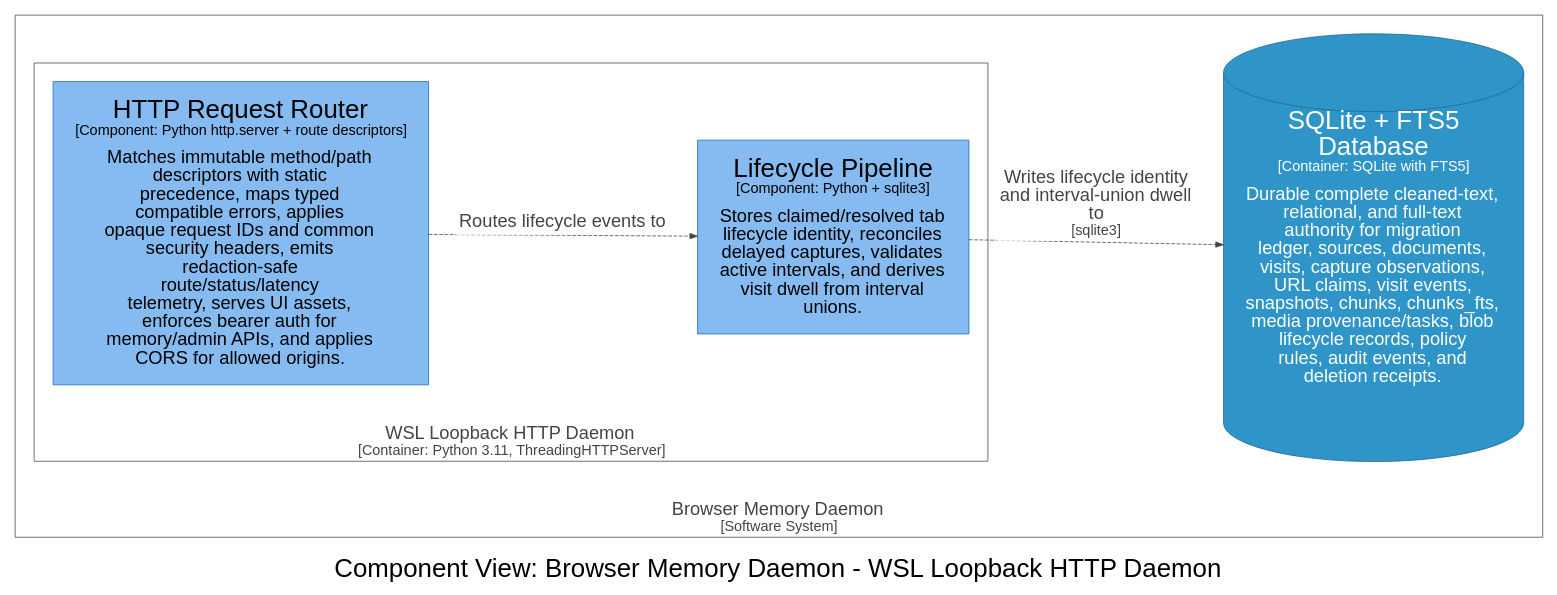
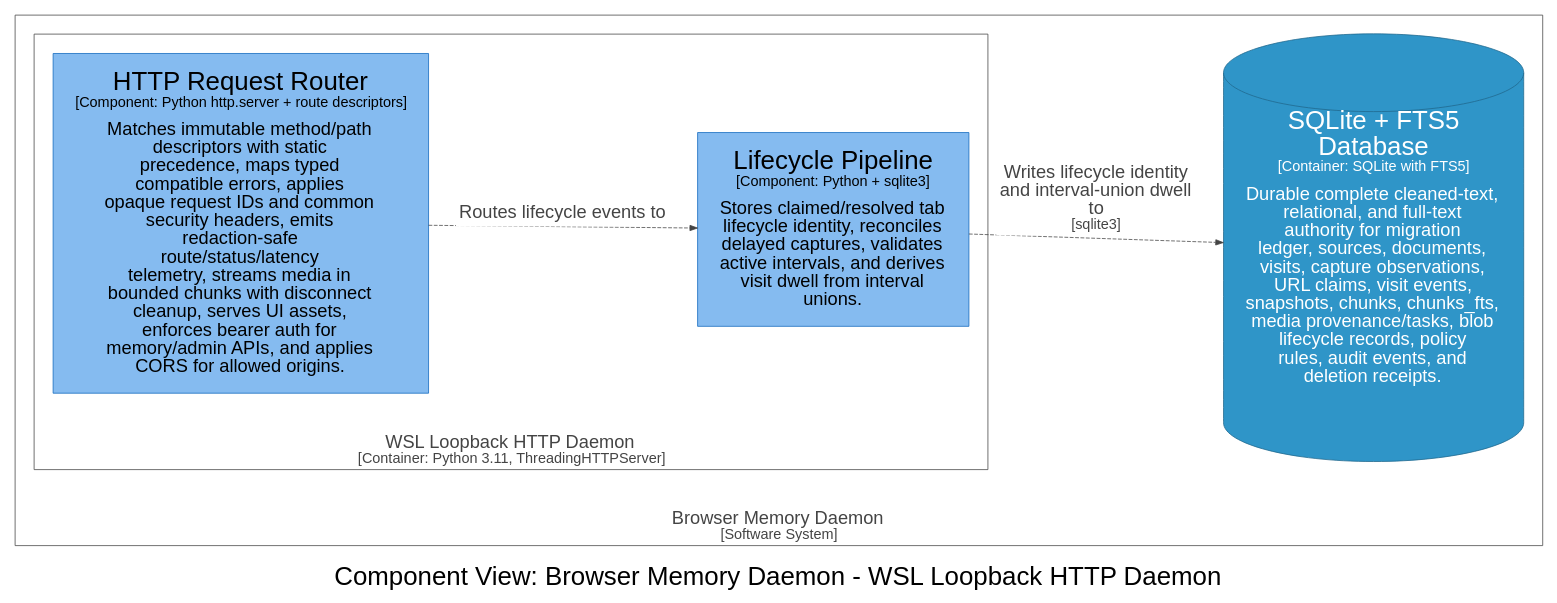
Before and after one commit to michaelnicks0/browser-memory-daemon: the diagram in docs/architecture/diagrams/dot/structurizr-DaemonLifecycleComponents.dot, drawn with Graphviz. The commit also changed 97 other files, not shown here.

Commit message:
feat(http): stream media upload and download

```diff
--- a/docs/architecture/diagrams/dot/structurizr-DaemonLifecycleComponents.dot
+++ b/docs/architecture/diagrams/dot/structurizr-DaemonLifecycleComponents.dot
@@ -1,34 +1,34 @@
 digraph {
   compound=true
   graph [fontname="Arial", rankdir=LR, ranksep=1.0, nodesep=1.0]
   node [fontname="Arial", shape=box, margin="0.4,0.3"]
   edge [fontname="Arial"]
   label=<<br /><font point-size="34">Component View: Browser Memory Daemon - WSL Loopback HTTP Daemon</font>>
 
   subgraph cluster_4 {
     margin=25
     label=<<font point-size="24"><br />Browser Memory Daemon</font><br /><font point-size="19">[Software System]</font>>
     labelloc=b
     color="#444444"
     fontcolor="#444444"
     fillcolor="#444444"
 
     subgraph cluster_22 {
       margin=25
       label=<<font point-size="24"><br />WSL Loopback HTTP Daemon</font><br /><font point-size="19">[Container: Python 3.11, ThreadingHTTPServer]</font>>
       labelloc=b
       color="#444444"
       fontcolor="#444444"
       fillcolor="#444444"
 
-      23 [id=23,shape=rect, label=<<font point-size="34">HTTP Request Router</font><br /><font point-size="19">[Component: Python http.server + route descriptors]</font><br /><br /><font point-size="24">Matches immutable method/path<br />descriptors with static<br />precedence, maps typed<br />compatible errors, applies<br />opaque request IDs and common<br />security headers, emits<br />redaction-safe<br />route/status/latency<br />telemetry, serves UI assets,<br />enforces bearer auth for<br />memory/admin APIs, and applies<br />CORS for allowed origins.</font>>, style=filled, color="#1168bd", fillcolor="#85bbf0", fontcolor="#000000"]
+      23 [id=23,shape=rect, label=<<font point-size="34">HTTP Request Router</font><br /><font point-size="19">[Component: Python http.server + route descriptors]</font><br /><br /><font point-size="24">Matches immutable method/path<br />descriptors with static<br />precedence, maps typed<br />compatible errors, applies<br />opaque request IDs and common<br />security headers, emits<br />redaction-safe<br />route/status/latency<br />telemetry, streams media in<br />bounded chunks with disconnect<br />cleanup, serves UI assets,<br />enforces bearer auth for<br />memory/admin APIs, and applies<br />CORS for allowed origins.</font>>, style=filled, color="#1168bd", fillcolor="#85bbf0", fontcolor="#000000"]
       28 [id=28,shape=rect, label=<<font point-size="34">Lifecycle Pipeline</font><br /><font point-size="19">[Component: Python + sqlite3]</font><br /><br /><font point-size="24">Stores claimed/resolved tab<br />lifecycle identity, reconciles<br />delayed captures, validates<br />active intervals, and derives<br />visit dwell from interval<br />unions.</font>>, style=filled, color="#1168bd", fillcolor="#85bbf0", fontcolor="#000000"]
     }
 
     47 [id=47,shape=cylinder, label=<<font point-size="34">SQLite + FTS5<br />Database</font><br /><font point-size="19">[Container: SQLite with FTS5]</font><br /><br /><font point-size="24">Durable complete cleaned-text,<br />relational, and full-text<br />authority for migration<br />ledger, sources, documents,<br />visits, capture observations,<br />URL claims, visit events,<br />snapshots, chunks, chunks_fts,<br />media provenance/tasks, blob<br />lifecycle records, policy<br />rules, audit events, and<br />deletion receipts.</font>>, style=filled, color="#20688c", fillcolor="#2f95c8", fontcolor="#ffffff"]
   }
 
   23 -> 28 [id=117, label=<<TABLE BORDER="0" CELLBORDER="0" CELLSPACING="0" CELLPADDING="4" BGCOLOR="white"><TR><TD><font point-size="24">Routes lifecycle events to</font></TD></TR></TABLE>>, style="dashed", color="#444444", fontcolor="#444444"]
   28 -> 47 [id=126, label=<<TABLE BORDER="0" CELLBORDER="0" CELLSPACING="0" CELLPADDING="4" BGCOLOR="white"><TR><TD><font point-size="24">Writes lifecycle identity<br />and interval-union dwell<br />to</font><br /><font point-size="19">[sqlite3]</font></TD></TR></TABLE>>, style="dashed", color="#444444", fontcolor="#444444"]
 
 }
```
